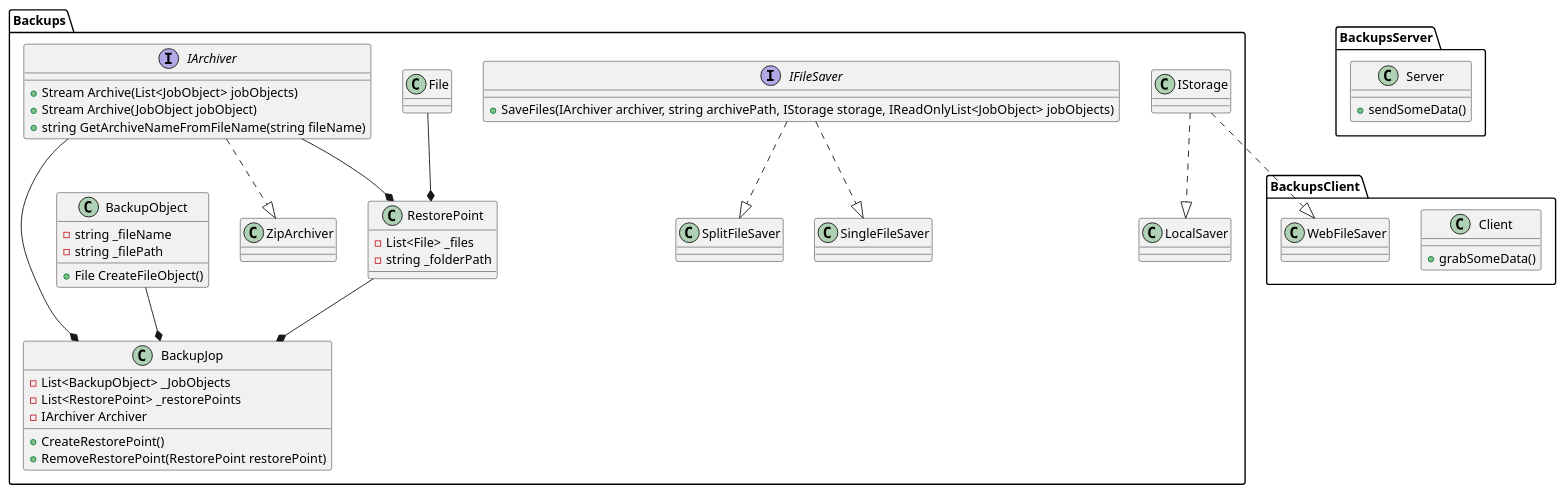
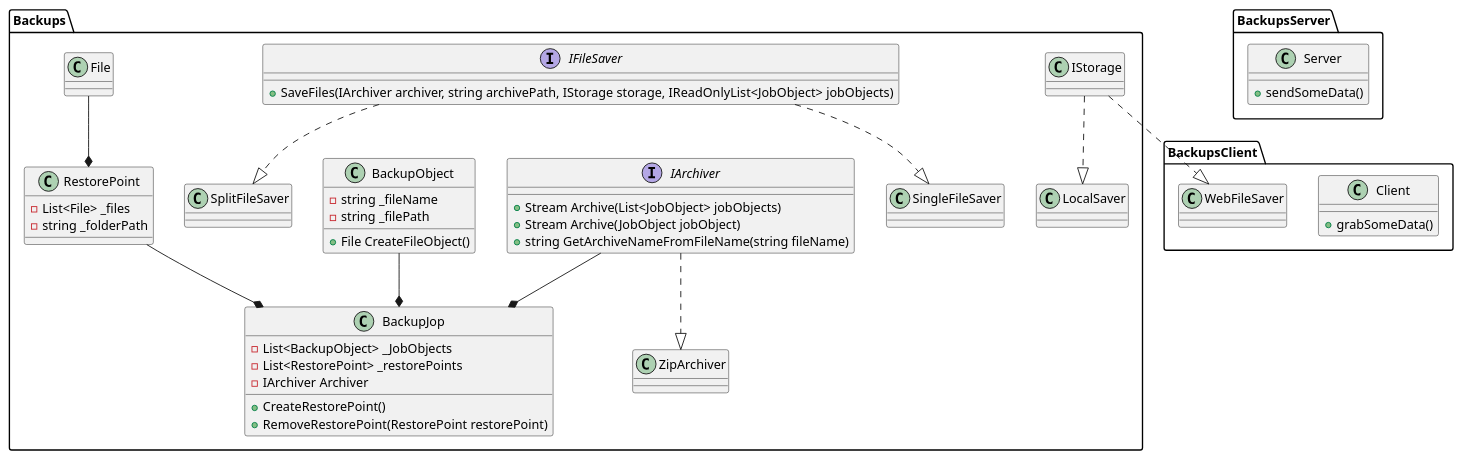
Before and after one commit to Serelllka/OOPLabs: the diagram in Backups/UML.puml, drawn with PlantUML. The commit also changed 7 other files, not shown here.

```diff
--- a/Backups/UML.puml
+++ b/Backups/UML.puml
@@ -1,65 +1,64 @@
 @startuml
 
 interface Backups.IFileSaver
 {
     +SaveFiles(IArchiver archiver, string archivePath, IStorage storage, IReadOnlyList<JobObject> jobObjects)
 }
 
 interface Backups.IArchiver
 {
     +Stream Archive(List<JobObject> jobObjects)
     +Stream Archive(JobObject jobObject)
     +string GetArchiveNameFromFileName(string fileName)
 }
 
 class Backups.ZipArchiver
 {
 }
 
 class Backups.RestorePoint
 {
     -List<File> _files
     -string _folderPath
 }
 
 class Backups.BackupObject
 {
     -string _fileName
     -string _filePath
     +File CreateFileObject()
 }
 
 class Backups.BackupJop
 {
     -List<BackupObject> _JobObjects
     -List<RestorePoint> _restorePoints
     -IArchiver Archiver
     
     +CreateRestorePoint()
     +RemoveRestorePoint(RestorePoint restorePoint)
 }
 
 class BackupsClient.Client
 {
     +grabSomeData()
 }
 
 class BackupsServer.Server
 {
     +sendSomeData()
 }
 
 Backups.IArchiver ..|> Backups.ZipArchiver
 Backups.IFileSaver ..|> Backups.SingleFileSaver
 Backups.IFileSaver ..|> Backups.SplitFileSaver
 
 Backups.IStorage ..|> Backups.LocalSaver
 Backups.IStorage ..|> BackupsClient.WebFileSaver
 
-Backups.IArchiver --* Backups.RestorePoint
 Backups.IArchiver --* Backups.BackupJop
 Backups.BackupObject --* Backups.BackupJop
 Backups.RestorePoint --* Backups.BackupJop
 Backups.File --* Backups.RestorePoint
 
 @enduml
```
